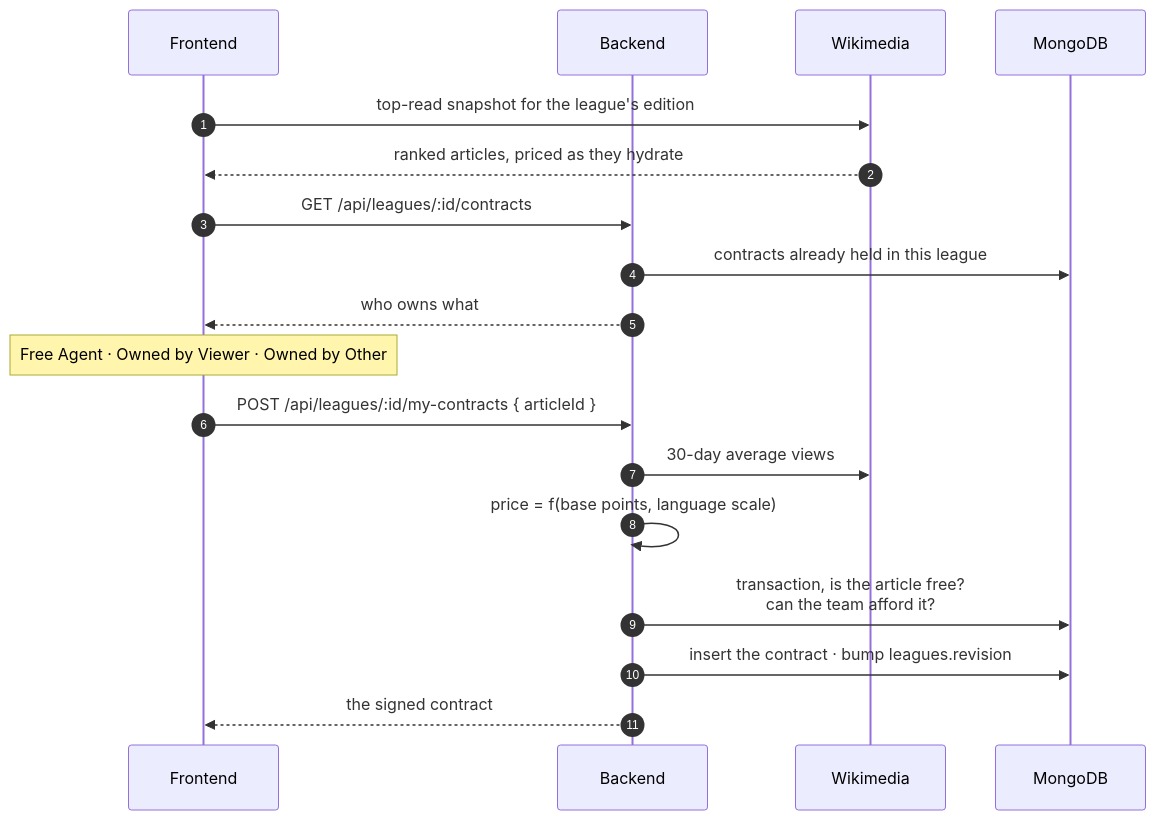
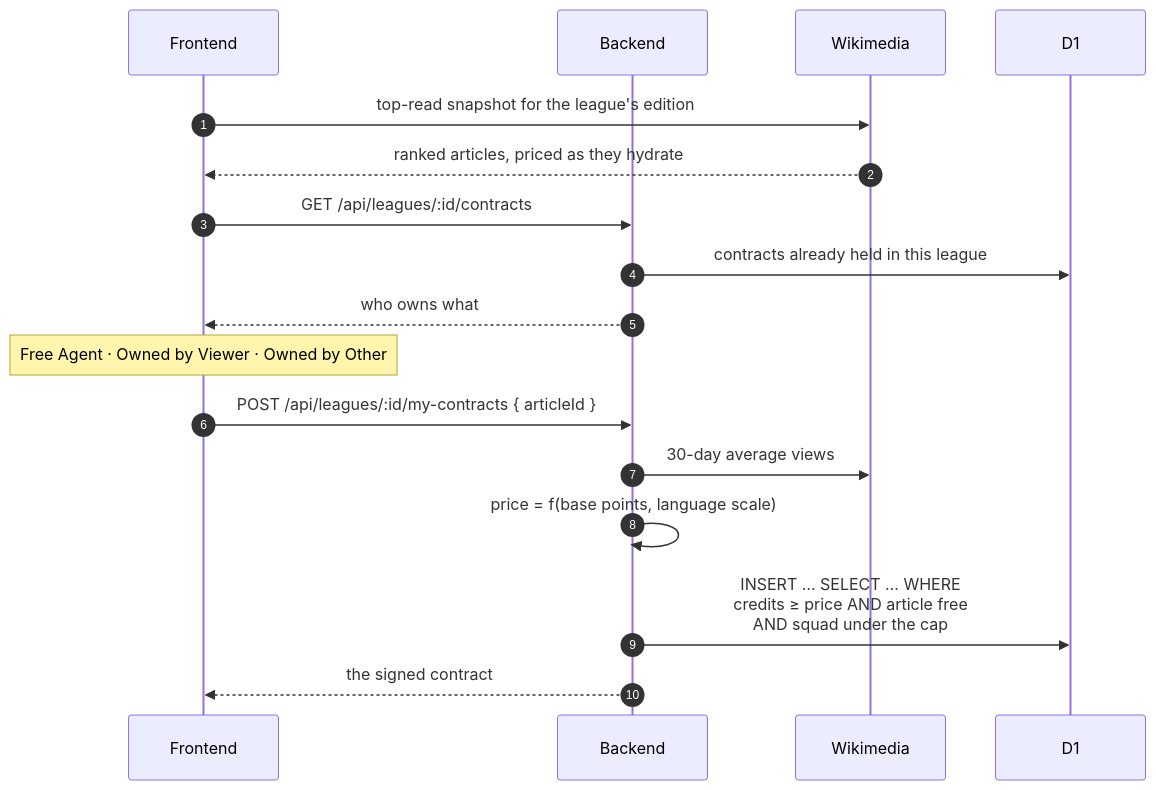
One commit to FantasyWiki/FantasyWiki changed the third of 6 diagrams in docs/site/pages/architecture/data-flow.md. Above: the diagram before and after it, drawn with Mermaid. The commit also changed other lines of this file and 30 other files, not shown here.

````diff
--- a/docs/site/pages/architecture/data-flow.md
+++ b/docs/site/pages/architecture/data-flow.md
@@ -120,22 +120,21 @@
 ```mermaid
 sequenceDiagram
   autonumber
   participant FE as Frontend
   participant BE as Backend
   participant WM as Wikimedia
-  participant DB as MongoDB
+  participant DB as D1
 
   FE->>WM: top-read snapshot for the league's edition
   WM-->>FE: ranked articles, priced as they hydrate
   FE->>BE: GET /api/leagues/:id/contracts
   BE->>DB: contracts already held in this league
   BE-->>FE: who owns what
   Note over FE: Free Agent · Owned by Viewer · Owned by Other
 
   FE->>BE: POST /api/leagues/:id/my-contracts { articleId }
   BE->>WM: 30-day average views
   BE->>BE: price = f(base points, language scale)
-  BE->>DB: transaction, is the article free?<br/>can the team afford it?
-  BE->>DB: insert the contract · bump leagues.revision
+  BE->>DB: INSERT … SELECT … WHERE<br/>credits ≥ price AND article free<br/>AND squad under the cap
   BE-->>FE: the signed contract
 ```
````
